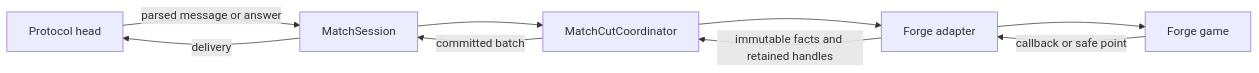
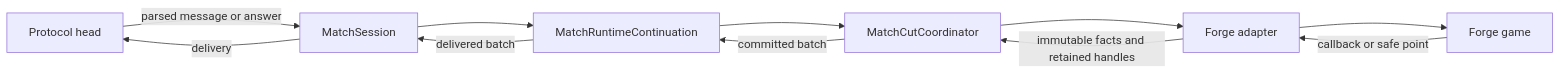
One commit to delebedev/leyline changed the second of 4 diagrams in docs/architecture.md. Above: the diagram before and after it, drawn with Mermaid. The commit also changed other lines of this file and 105 other files, not shown here.

First line of the commit message:
Replace session auto-advance with runtime continuation (#479)

````diff
--- a/docs/architecture.md
+++ b/docs/architecture.md
@@ -101,11 +101,13 @@
 ```mermaid
 flowchart LR
     H["Protocol head"] -->|"parsed message or answer"| S["MatchSession"]
-    S --> C["MatchCutCoordinator"]
+    S --> R["MatchRuntimeContinuation"]
+    R --> C["MatchCutCoordinator"]
     C --> A["Forge adapter"]
     A --> F["Forge game"]
     F -->|"callback or safe point"| A
     A -->|"immutable facts and retained handles"| C
-    C -->|"committed batch"| S
+    C -->|"committed batch"| R
+    R -->|"delivered batch"| S
     S -->|"delivery"| H
 ```
````
